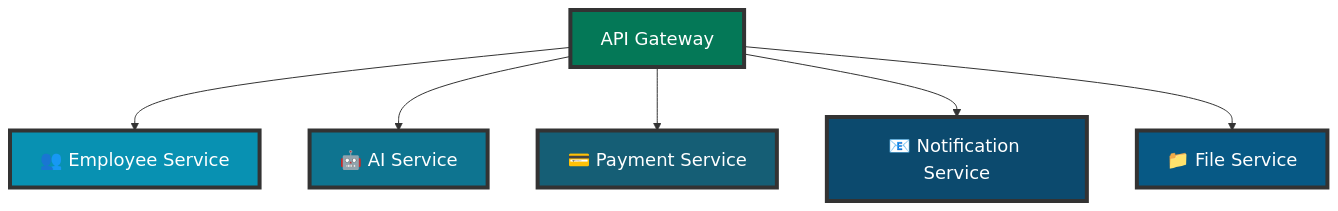
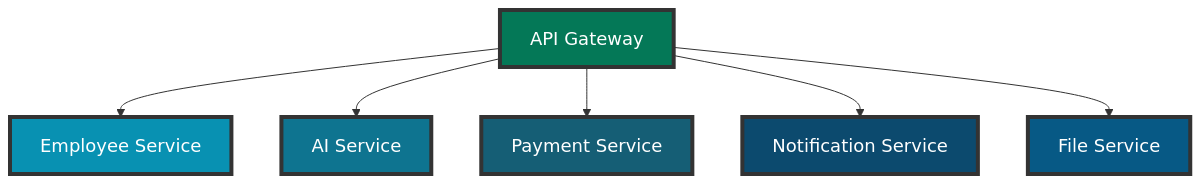
Before and after one commit to inskillflow/awsbedrock-demo-1-inmemory: diagram 20 of 24 in documentation/00-ARCHITECTURE.md, drawn with Mermaid. The commit also changed other lines of this file, not shown here.

First line of the commit message:
refactor: simplification des diagrammes - retrait des emojis

````diff
--- a/documentation/00-ARCHITECTURE.md
+++ b/documentation/00-ARCHITECTURE.md
@@ -897,23 +897,23 @@
 ```mermaid
 flowchart TD
     Gateway[API Gateway]
     
-    Emp[👥 Employee Service]
-    AI[🤖 AI Service]
-    Pay[💳 Payment Service]
-    Notif[📧 Notification Service]
-    File[📁 File Service]
+    Emp[Employee Service]
+    AI[AI Service]
+    Pay[Payment Service]
+    Notif[Notification Service]
+    File[File Service]
     
     Gateway --> Emp
     Gateway --> AI
     Gateway --> Pay
     Gateway --> Notif
     Gateway --> File
     
     style Gateway fill:#047857,stroke:#333,stroke-width:4px,color:#fff,font-size:18px
     style Emp fill:#0891B2,stroke:#333,stroke-width:4px,color:#fff,font-size:18px
     style AI fill:#0E7490,stroke:#333,stroke-width:4px,color:#fff,font-size:18px
     style Pay fill:#155E75,stroke:#333,stroke-width:4px,color:#fff,font-size:18px
     style Notif fill:#0C4A6E,stroke:#333,stroke-width:4px,color:#fff,font-size:18px
     style File fill:#075985,stroke:#333,stroke-width:4px,color:#fff,font-size:18px
 ```
````
